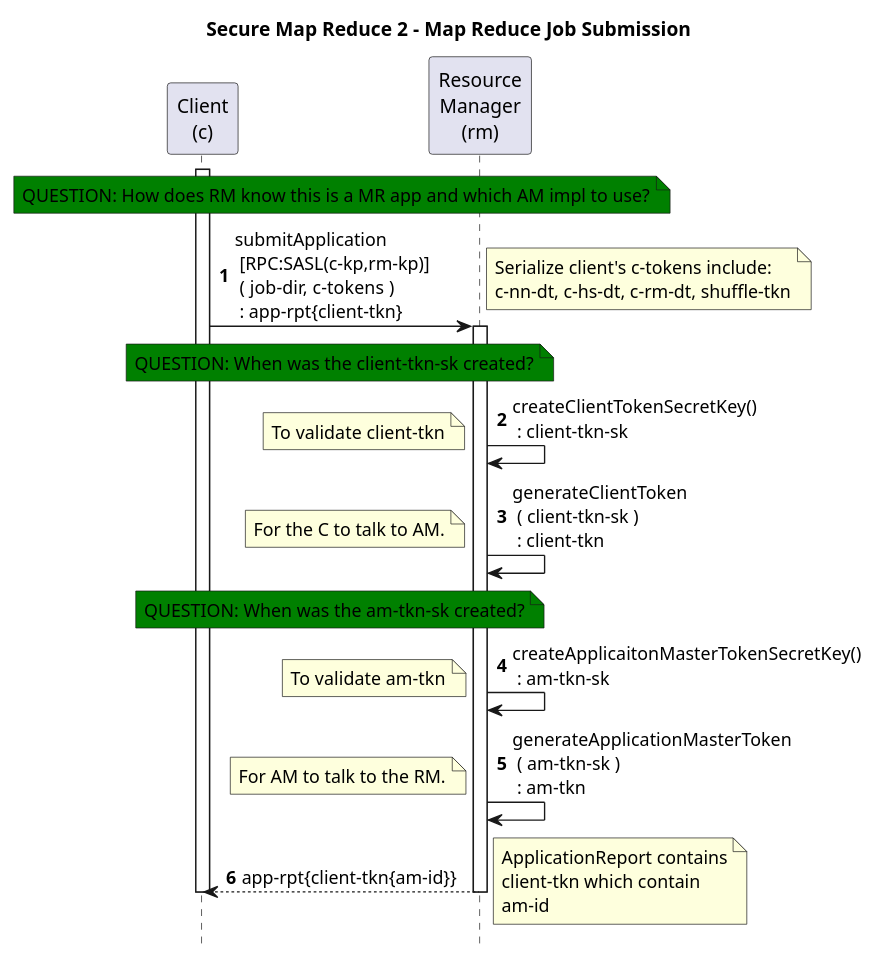
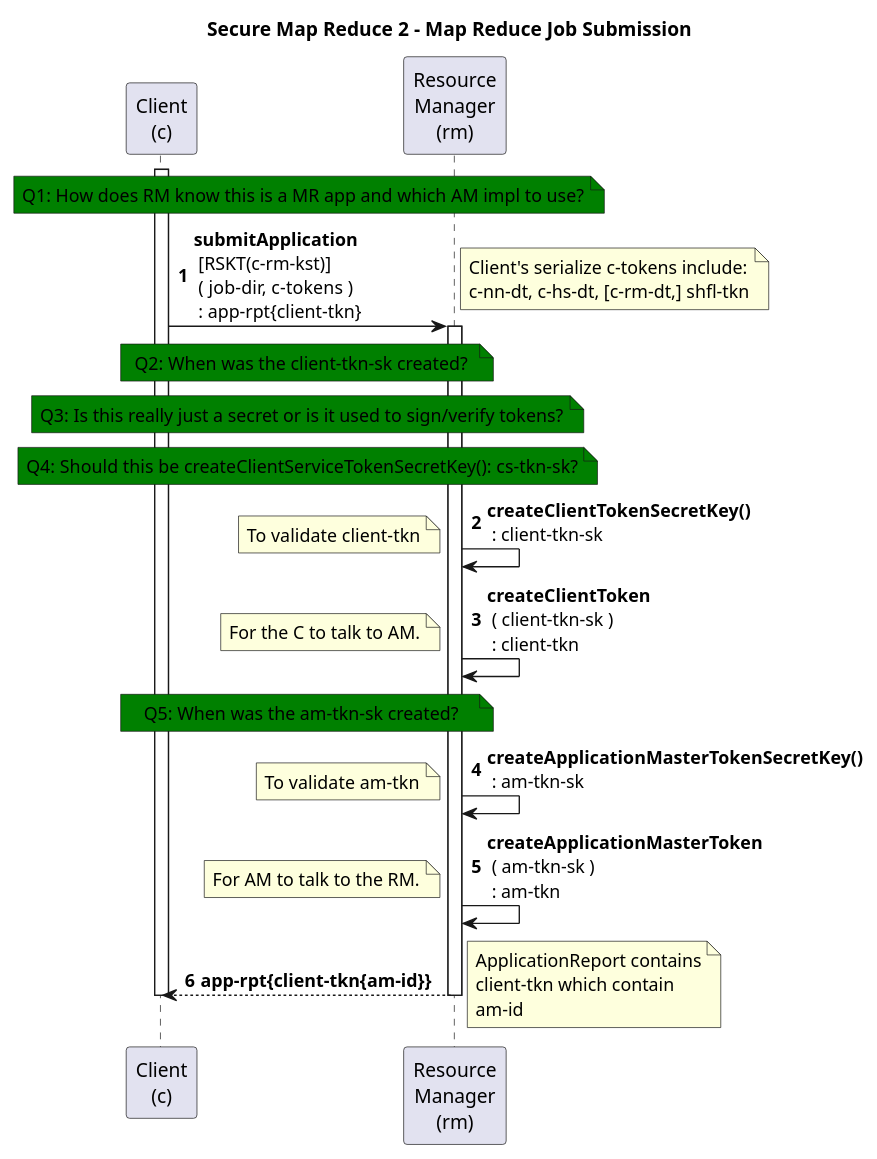
The diagram in hadoop/src/secure-mapreduce2-03-job-submission.puml (kminder/puml), drawn with PlantUML before and after one commit. The commit also changed 7 other files, not shown here.

```diff
--- a/hadoop/src/secure-mapreduce2-03-job-submission.puml
+++ b/hadoop/src/secure-mapreduce2-03-job-submission.puml
@@ -1,58 +1,62 @@
 @startuml
 title Secure Map Reduce 2 - Map Reduce Job Submission
 autonumber
-hide footbox
+'hide footbox
 
+'participant "Kerberos\nKDC" as KDC
 participant "Client\n(c)" as C
 participant "Resource\nManager\n(rm)" as RM
 'participant "History\nServer\n(hs)" as HS
 'participant "Node\nManager\n(nm)" as NM
 'participant "Shuffle\nService\n(ss)" as SS
 'participant "Application\nMaster\n(am)" as AM
 'participant "Client\nService\n(cs)" as CS
 'participant "Application\nContainer\n(ac)" as AC #red
 'participant "Task\n(t)" as T #orange
 'participant "File\nSystem\n(fs)" as FS
 'participant "Name\nNode\n(nn)" as NN
 'participant "Data\nNode\n(dn)" as DN
 
   'note over C,RM #green: QUESTION: ?
 
   activate C
 
-  note over C,RM #green: QUESTION: How does RM know this is a MR app and which AM impl to use?
+note over C,RM #green: Q1: How does RM know this is a MR app and which AM impl to use?
 
 '1
-C->RM: submitApplication\n [RPC:SASL(c-kp,rm-kp)]\n ( job-dir, c-tokens )\n : app-rpt{client-tkn}
-  note right: Serialize client's c-tokens include:\nc-nn-dt, c-hs-dt, c-rm-dt, shuffle-tkn
+C->RM: <b>submitApplication\n [RSKT(c-rm-kst)]\n ( job-dir, c-tokens )\n : app-rpt{client-tkn}
+  note right: Client's serialize c-tokens include:\nc-nn-dt, c-hs-dt, [c-rm-dt,] shfl-tkn
 
   activate RM
 
-  note over C,RM #green: QUESTION: When was the client-tkn-sk created?
+note over C,RM #green: Q2: When was the client-tkn-sk created?
+note over C,RM #green: Q3: Is this really just a secret or is it used to sign/verify tokens?
+note over C,RM #green: Q4: Should this be createClientServiceTokenSecretKey(): cs-tkn-sk?
 
 '2
-RM->RM: createClientTokenSecretKey()\n : client-tkn-sk
+RM->RM: <b>createClientTokenSecretKey()\n : client-tkn-sk
   note left: To validate client-tkn
 
 '3
-RM->RM: generateClientToken\n ( client-tkn-sk )\n : client-tkn
+RM->RM: <b>createClientToken\n ( client-tkn-sk )\n : client-tkn
   note left: For the C to talk to AM.
 
-  note over C,RM #green: QUESTION: When was the am-tkn-sk created?
+note over C,RM #green: Q5: When was the am-tkn-sk created?
 
-RM->RM: createApplicaitonMasterTokenSecretKey()\n : am-tkn-sk
+'4
+RM->RM: <b>createApplicationMasterTokenSecretKey()\n : am-tkn-sk
   note left: To validate am-tkn
 
-'4
-RM->RM: generateApplicationMasterToken\n ( am-tkn-sk )\n : am-tkn
+'5
+RM->RM: <b>createApplicationMasterToken\n ( am-tkn-sk )\n : am-tkn
   note left: For AM to talk to the RM.
 
-'5
-C<--RM: app-rpt{client-tkn{am-id}}
+'6
+C<--RM: <b>app-rpt{client-tkn{am-id}}
   note right: ApplicationReport contains\nclient-tkn which contain\nam-id
 
   deactivate RM
   deactivate C
 
 
 @enduml
```
